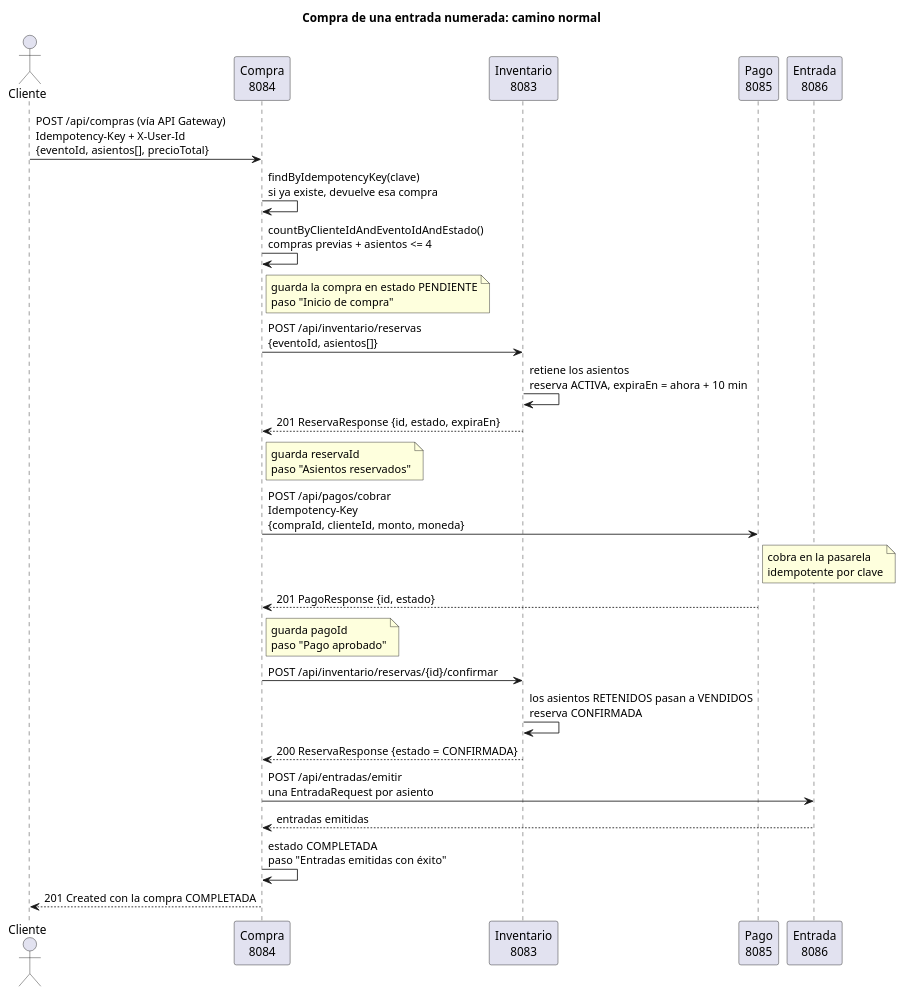
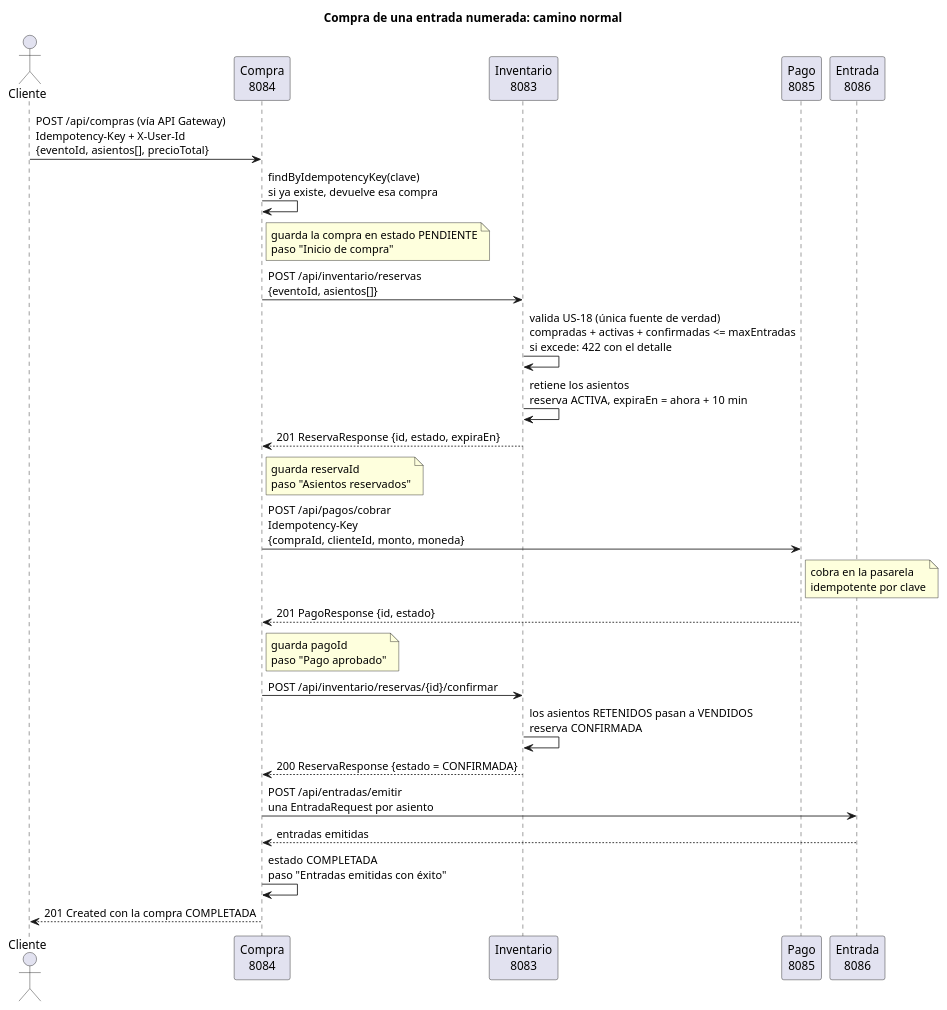
Before and after one commit to annaknell/TP4-arquitecturas-web-grupo1: the diagram in docs/diagramas/secuencia-compra/1-compra-camino-normal.puml, drawn with PlantUML. The commit also changed 8 other files, not shown here.

First line of the commit message:
fix(US-18): unificar el limite de entradas por cliente en inventario

```diff
--- a/docs/diagramas/secuencia-compra/1-compra-camino-normal.puml
+++ b/docs/diagramas/secuencia-compra/1-compra-camino-normal.puml
@@ -1,30 +1,30 @@
 @startuml
 title Compra de una entrada numerada: camino normal
 
 actor "Cliente" as CLI
 participant "Compra\n8084" as COMP
 participant "Inventario\n8083" as INV
 participant "Pago\n8085" as PAG
 participant "Entrada\n8086" as ENT
 
 CLI -> COMP : POST /api/compras (vía API Gateway)\nIdempotency-Key + X-User-Id\n{eventoId, asientos[], precioTotal}
 COMP -> COMP : findByIdempotencyKey(clave)\nsi ya existe, devuelve esa compra
-COMP -> COMP : countByClienteIdAndEventoIdAndEstado()\ncompras previas + asientos <= 4
 note right of COMP : guarda la compra en estado PENDIENTE\npaso "Inicio de compra"
 COMP -> INV : POST /api/inventario/reservas\n{eventoId, asientos[]}
+INV -> INV : valida US-18 (única fuente de verdad)\ncompradas + activas + confirmadas <= maxEntradas\nsi excede: 422 con el detalle
 INV -> INV : retiene los asientos\nreserva ACTIVA, expiraEn = ahora + 10 min
 INV --> COMP : 201 ReservaResponse {id, estado, expiraEn}
 note right of COMP : guarda reservaId\npaso "Asientos reservados"
 COMP -> PAG : POST /api/pagos/cobrar\nIdempotency-Key\n{compraId, clienteId, monto, moneda}
 note right of PAG : cobra en la pasarela\nidempotente por clave
 PAG --> COMP : 201 PagoResponse {id, estado}
 note right of COMP : guarda pagoId\npaso "Pago aprobado"
 COMP -> INV : POST /api/inventario/reservas/{id}/confirmar
 INV -> INV : los asientos RETENIDOS pasan a VENDIDOS\nreserva CONFIRMADA
 INV --> COMP : 200 ReservaResponse {estado = CONFIRMADA}
 COMP -> ENT : POST /api/entradas/emitir\nuna EntradaRequest por asiento
 ENT --> COMP : entradas emitidas
 COMP -> COMP : estado COMPLETADA\npaso "Entradas emitidas con éxito"
 COMP --> CLI : 201 Created con la compra COMPLETADA
 
 @enduml
```
